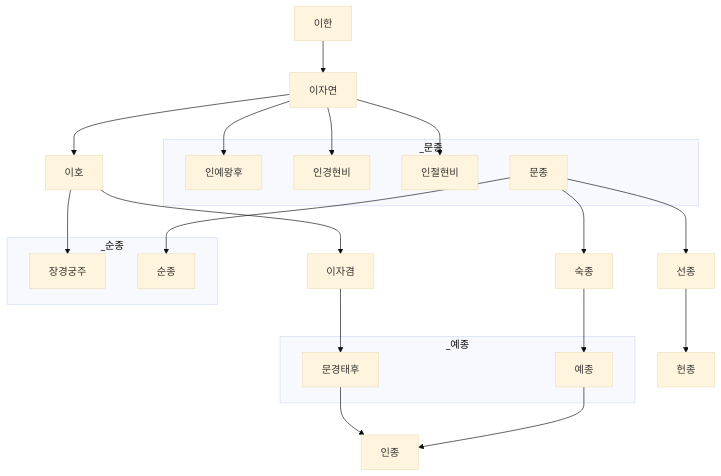
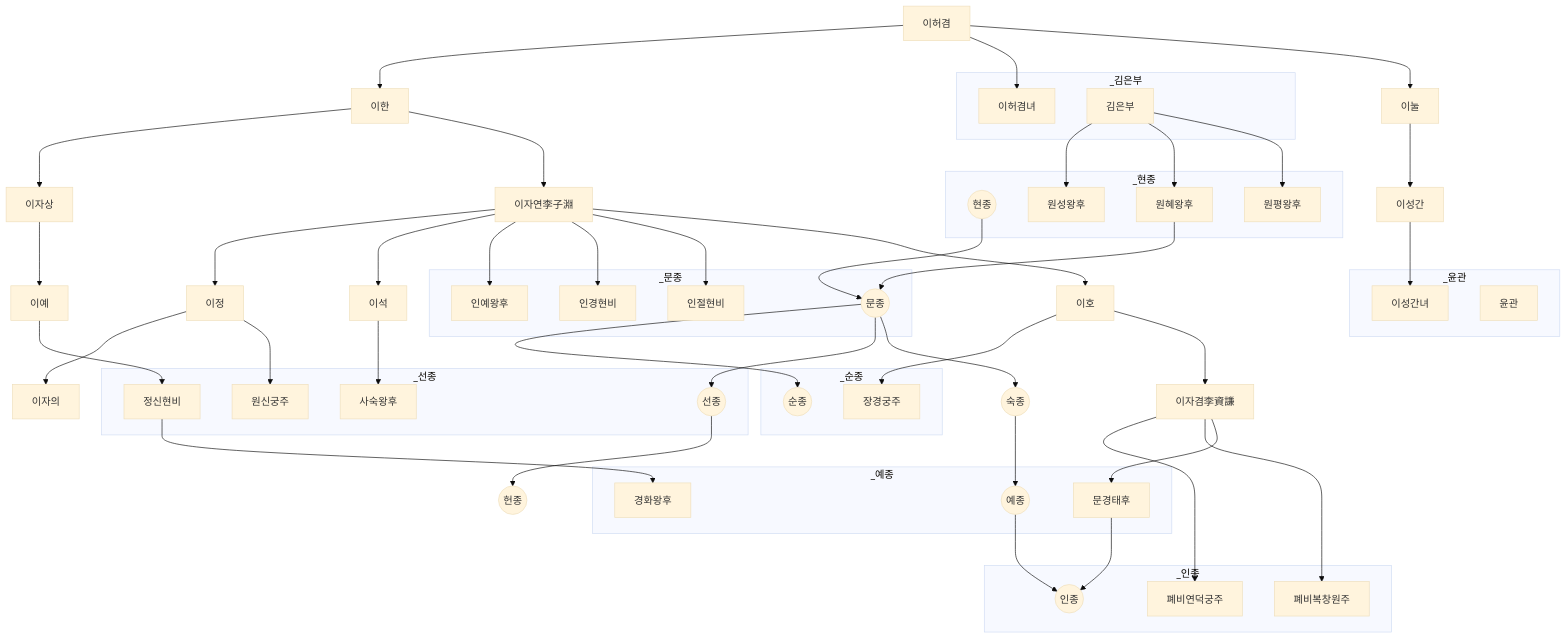
One commit to daewonyoon/historigram changed the diagram in 한국사/이자겸중심.md. Above: the diagram before and after it, drawn with Mermaid (base theme).

Commit message:
이자겸

````diff
--- a/한국사/이자겸중심.md
+++ b/한국사/이자겸중심.md
@@ -2,8 +2,58 @@
 ```mermaid
 graph TD
 
+    이허겸 --> 이한
+    이허겸 --> 이허겸녀
+    이허겸 --> 이눌 --> 이성간 --> 이성간녀
 
+    subgraph _윤관
+    이성간녀
+    윤관
+    end
 
+    김은부
+    subgraph _김은부
+    김은부
+    이허겸녀
+    end
+
+    현종((현종))
+    문종((문종))
+    순종((순종))
+    숙종((숙종))
+    인종((인종))
+    예종((예종))
+    선종((선종))
+    헌종((헌종))
+
+    subgraph _현종
+    현종
+    원성왕후
+    원혜왕후
+    원평왕후
+    end
+
+    subgraph _인종
+    인종
+    폐비연덕궁주
+    폐비복창원주
+    end
+
+    이자겸 --> 폐비연덕궁주
+    이자겸 --> 폐비복창원주
+
+    현종 --> 문종
+    김은부 --> 원성왕후
+    김은부 --> 원혜왕후 --> 문종
+    김은부 --> 원평왕후
+
+    이자연[이자연李子淵]
+    이자겸[이자겸李資謙]
+
+    이자연 --> 이정
+    이정 --> 이자의
+    이정 --> 원신궁주
+    이자연 --> 이석 --> 사숙왕후
     이자연 --> 인예왕후
     이자연 --> 인경현비
     이자연 --> 인절현비
@@ -14,8 +64,19 @@
     인절현비
     end
 
-    이한 --> 이자연 --> 이호 --> 이자겸 --> 문경태후
+    subgraph _선종
+    선종
+    사숙왕후
+    원신궁주
+    정신현비
+    end
+
+    이한 --> 이자상 --> 이예 --> 정신현비 --> 경화왕후
+
+    이한 --> 이자연 --> 이호
     이호 --> 장경궁주
+
+    이호 --> 이자겸 --> 문경태후
 
     문종 --> 순종
     문종 --> 선종 --> 헌종
@@ -29,6 +90,7 @@
     subgraph _예종
     예종
     문경태후
+    경화왕후
     end
 
     예종 --> 인종
````
